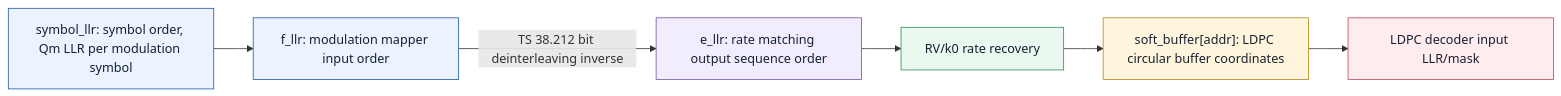
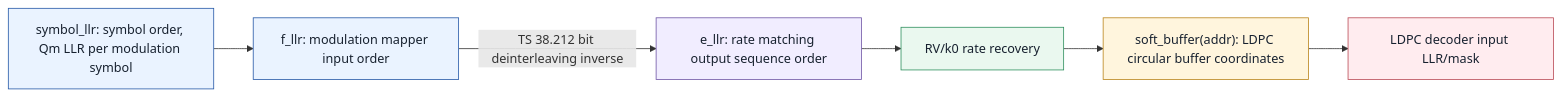
The diagram in 3gpp/docs/L2_协议算法/T9.4_NR_LDPC_bit_deinterleaving.md (AuroraYaus/obsidian), drawn with Mermaid before and after one commit. The commit also changed 40 other files, not shown here.

````diff
--- a/3gpp/docs/L2_协议算法/T9.4_NR_LDPC_bit_deinterleaving.md
+++ b/3gpp/docs/L2_协议算法/T9.4_NR_LDPC_bit_deinterleaving.md
@@ -172,26 +172,26 @@
 ```mermaid
 %%{init: {'theme': 'default'}}%%
 flowchart LR
 SYM["symbol_llr: symbol order, Qm LLR per modulation symbol"]
 F["f_llr: modulation mapper input order"]
 E["e_llr: rate matching output sequence order"]
 RV["RV/k0 rate recovery"]
-BUF["soft_buffer[addr]: LDPC circular buffer coordinates"]
+BUF["soft_buffer(addr): LDPC circular buffer coordinates"]
 DEC["LDPC decoder input LLR/mask"]
 SYM --> F
 F -->|"TS 38.212 bit deinterleaving inverse"| E
 E --> RV
 RV --> BUF
 BUF --> DEC
 
 classDef demap fill:#EAF3FF,stroke:#2457A6,color:#17212F;
 classDef reorder fill:#F1EDFF,stroke:#6E55A4,color:#17212F;
 classDef rate fill:#EAF8EF,stroke:#2D8F5D,color:#17212F;
 classDef buffer fill:#FFF5DD,stroke:#B9841A,color:#17212F;
 classDef decode fill:#FFECEF,stroke:#B94A55,color:#17212F;
 class SYM,F demap;
 class E reorder;
 class RV rate;
 class BUF buffer;
 class DEC decode;
 ```
````
